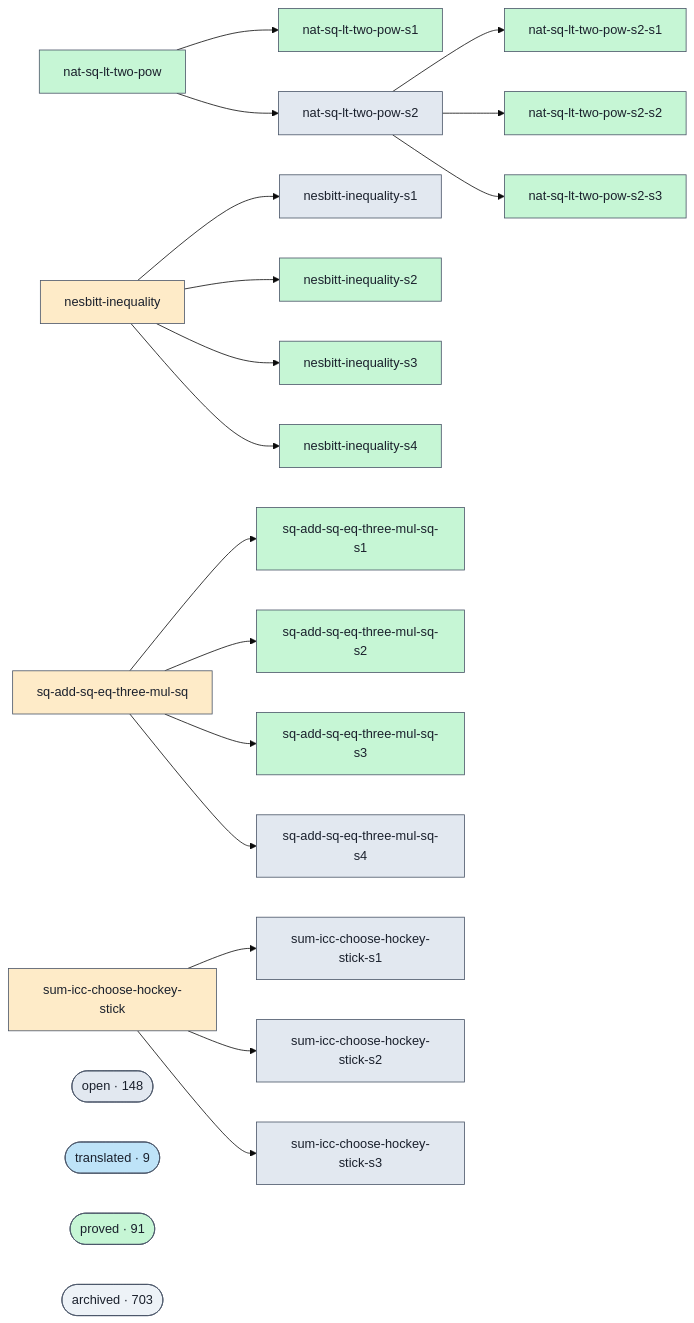
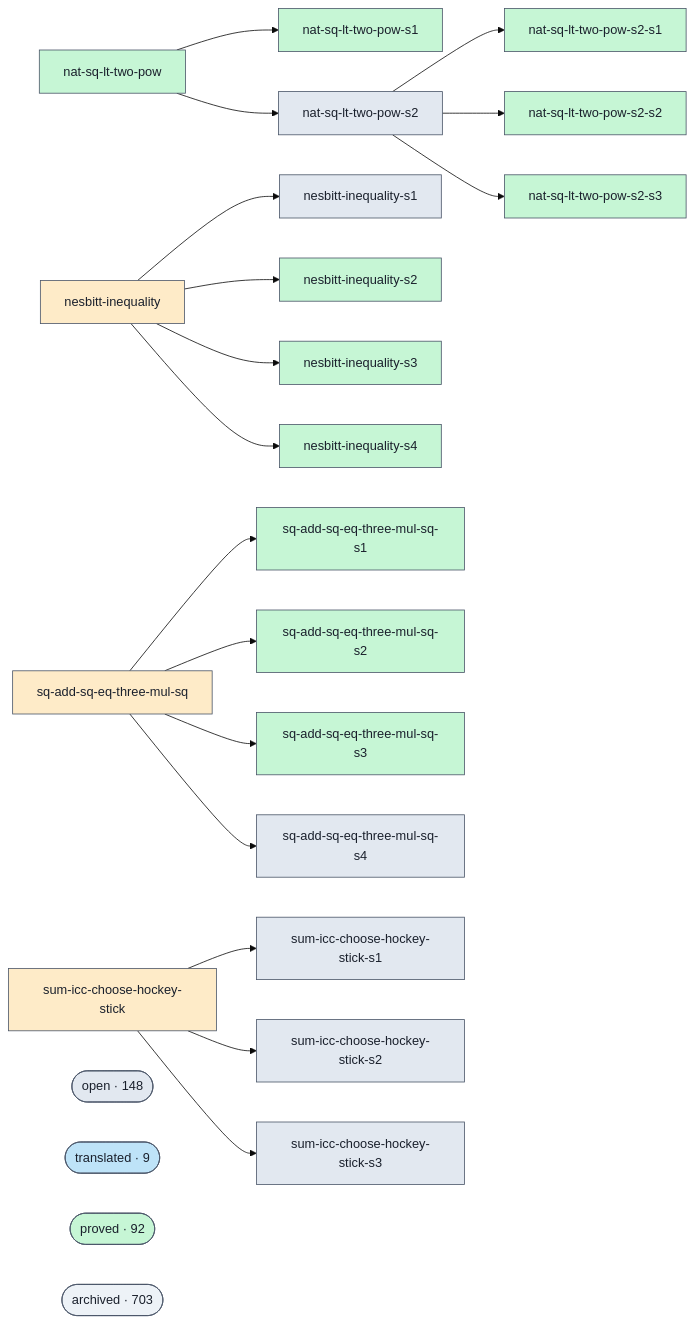
One commit to Rauxon/unsorry changed the diagram in docs/proofs-contributors-visualisation.md. Above: the diagram before and after it, drawn with Mermaid (base theme). The commit also changed other lines of this file and 2 other files, not shown here.

```diff
--- a/docs/proofs-contributors-visualisation.md
+++ b/docs/proofs-contributors-visualisation.md
@@ -102,7 +102,7 @@
   class cluster_open open;
   cluster_translated(["translated · 9"])
   class cluster_translated translated;
-  cluster_proved(["proved · 91"])
+  cluster_proved(["proved · 92"])
   class cluster_proved proved;
   cluster_archived(["archived · 703"])
   class cluster_archived unknown;
```
